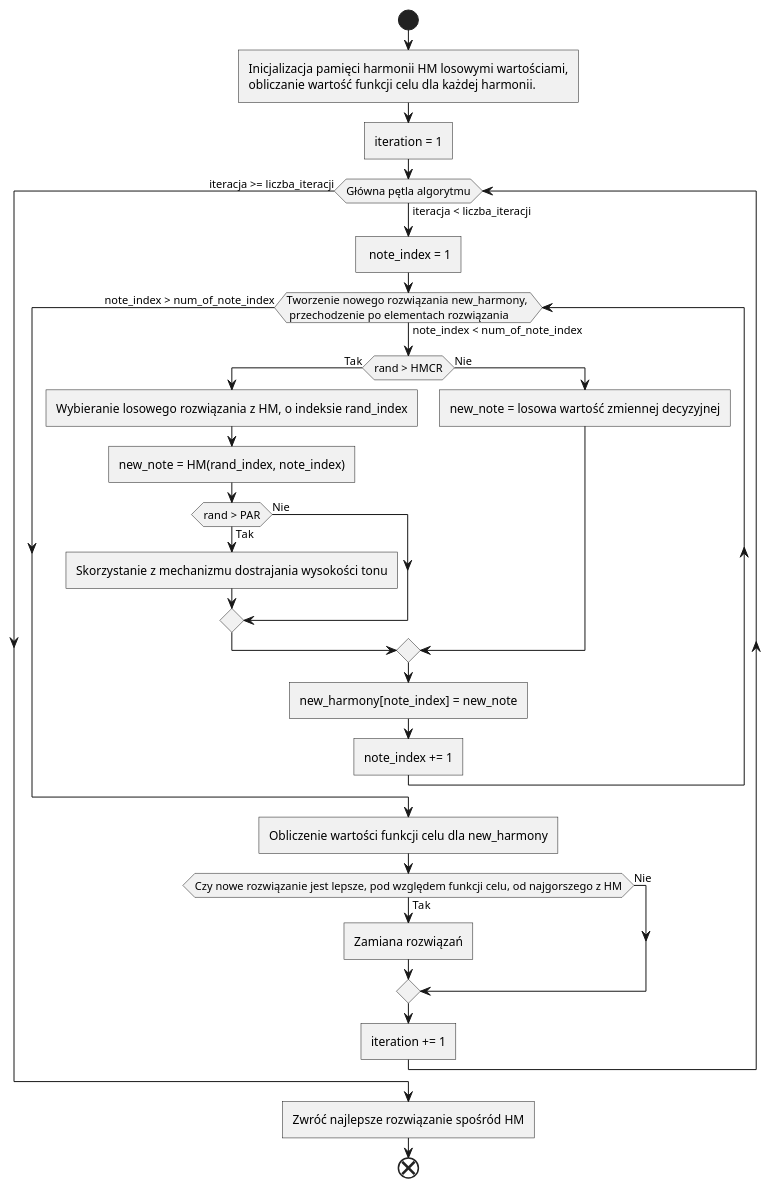
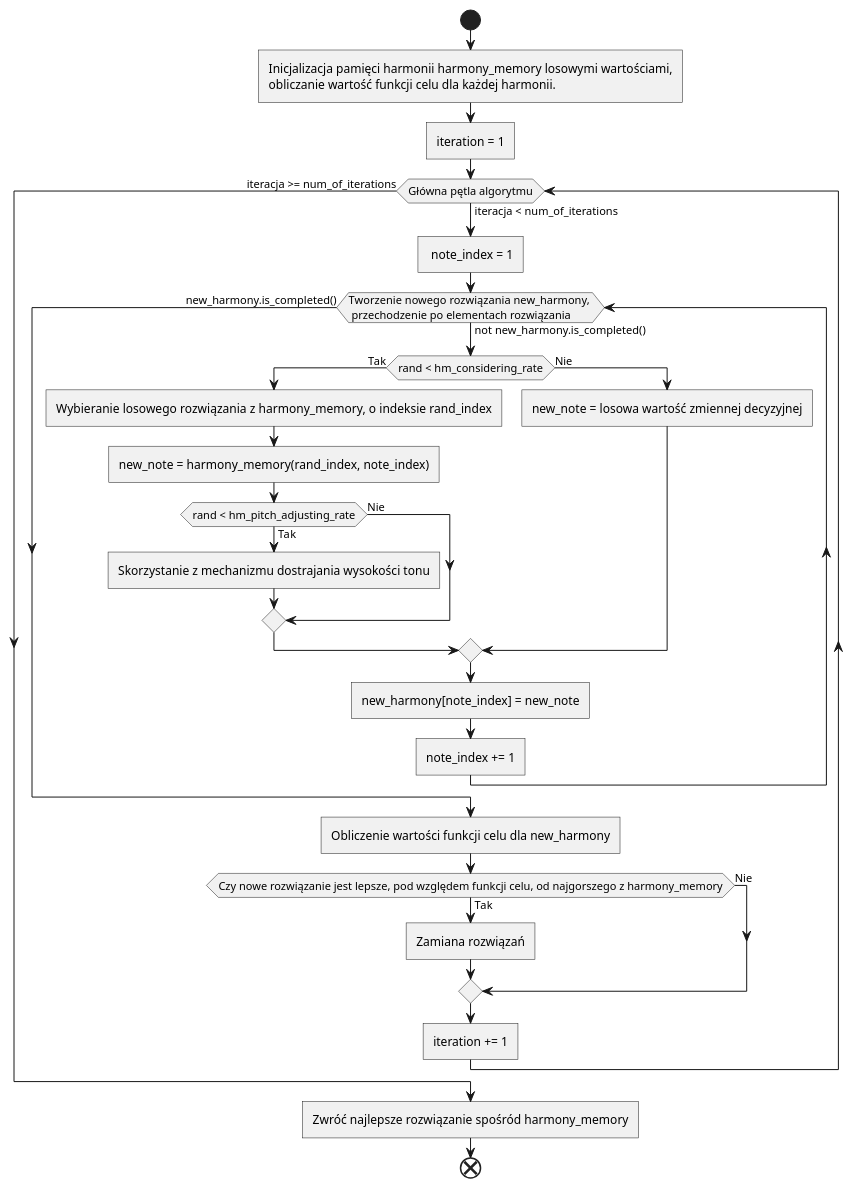
The diagram in ActivityDiagram.puml (ar-kaleta/HarmonySearchAlgorithm), drawn with PlantUML before and after one commit. The commit also changed 2 other files, not shown here.

```diff
--- a/ActivityDiagram.puml
+++ b/ActivityDiagram.puml
@@ -1,38 +1,38 @@
-@startuml
+@startumlodnie z
 start
-:Inicjalizacja pamięci harmonii HM losowymi wartościami,
+:Inicjalizacja pamięci harmonii harmony_memory losowymi wartościami,
 obliczanie wartość funkcji celu dla każdej harmonii.]
 :iteration = 1]
-while(Główna pętla algorytmu) is (iteracja < liczba_iteracji)
+while(Główna pętla algorytmu) is (iteracja < num_of_iterations)
     : note_index = 1]
-    while(Tworzenie nowego rozwiązania new_harmony, \n przechodzenie po elementach rozwiązania) is (note_index < num_of_note_index)
+    while(Tworzenie nowego rozwiązania new_harmony, \n przechodzenie po elementach rozwiązania) is (not new_harmony.is_completed())
 
-        if (rand > HMCR) then (Tak)
-            :Wybieranie losowego rozwiązania z HM, o indeksie rand_index]
-            :new_note = HM(rand_index, note_index)]
-            if (rand > PAR) then (Tak)
+        if (rand < hm_considering_rate) then (Tak)
+            :Wybieranie losowego rozwiązania z harmony_memory, o indeksie rand_index]
+            :new_note = harmony_memory(rand_index, note_index)]
+            if (rand < hm_pitch_adjusting_rate) then (Tak)
                 :Skorzystanie z mechanizmu dostrajania wysokości tonu]
             else(Nie)
             endif
 
         else(Nie)
             :new_note = losowa wartość zmiennej decyzyjnej]
         endif
         :new_harmony[note_index] = new_note]
         :note_index += 1]
 
-    endwhile (note_index > num_of_note_index)
+    endwhile (new_harmony.is_completed())
     :Obliczenie wartości funkcji celu dla new_harmony]
-    if (Czy nowe rozwiązanie jest lepsze, pod względem funkcji celu, od najgorszego z HM) then (Tak)
+    if (Czy nowe rozwiązanie jest lepsze, pod względem funkcji celu, od najgorszego z harmony_memory) then (Tak)
         :Zamiana rozwiązań]
     else(Nie)
     endif
 
     :iteration += 1]
 
-endwhile (iteracja >= liczba_iteracji)
+endwhile (iteracja >= num_of_iterations)
 
-:Zwróć najlepsze rozwiązanie spośród HM]
+:Zwróć najlepsze rozwiązanie spośród harmony_memory]
 
 end
 @enduml
```
